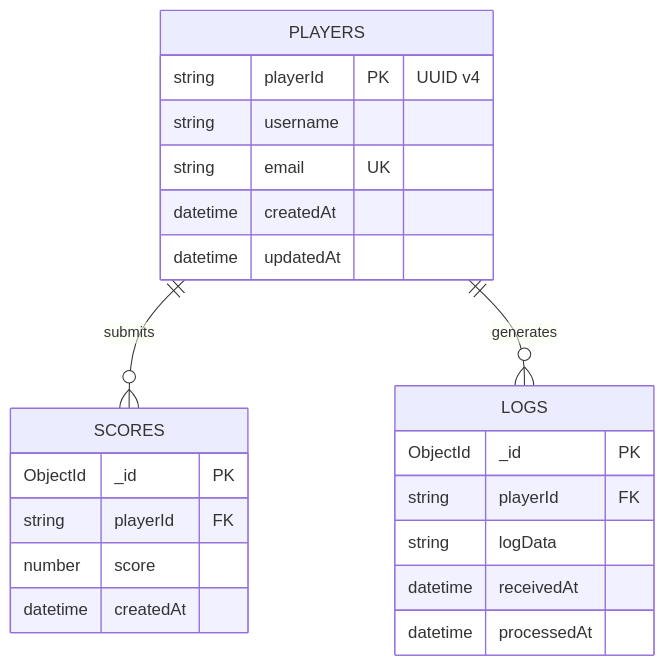
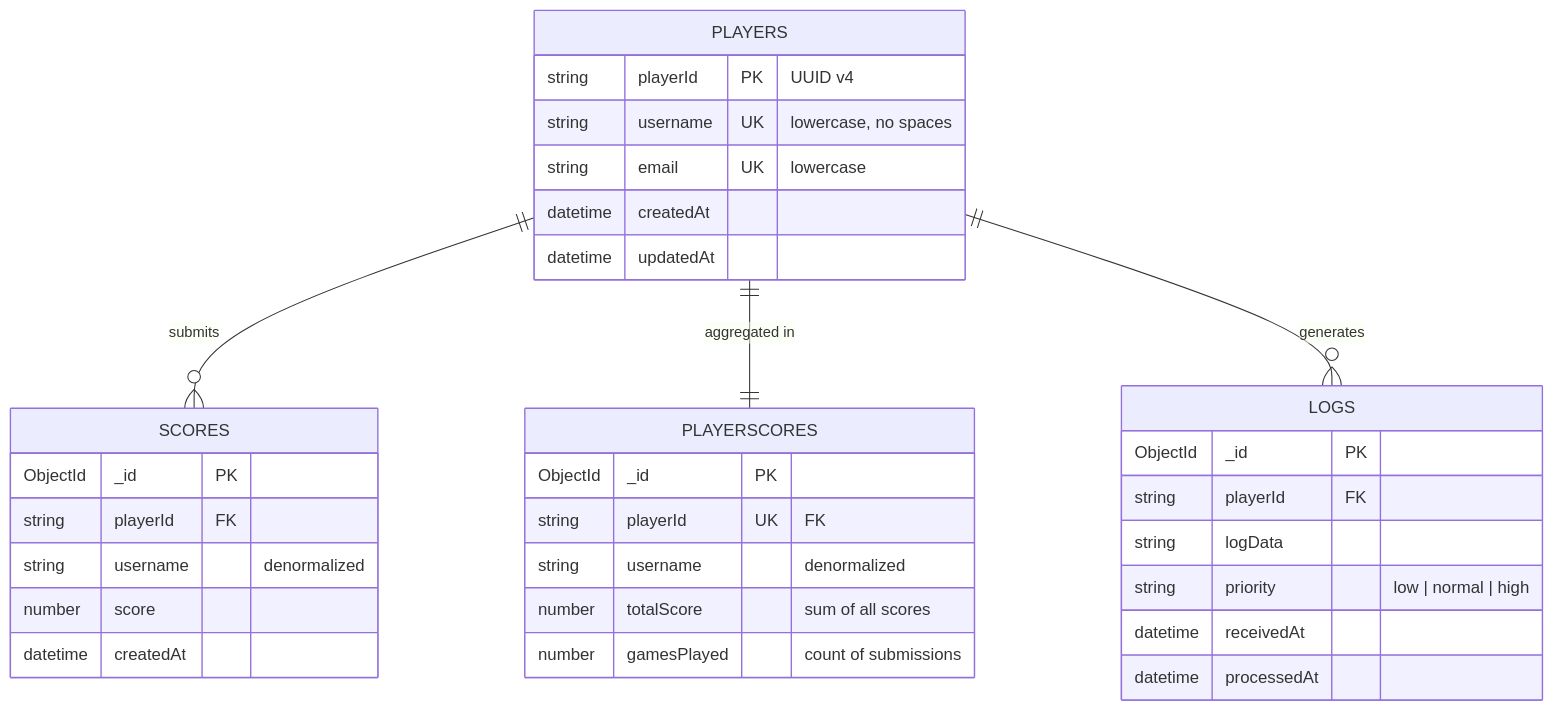
Before and after one commit to AmitOfir4/Whalo-Backend-Exam: the seventh of 8 diagrams in docs/architecture.md, drawn with Mermaid. The commit also changed other lines of this file and 3 other files, not shown here.

````diff
--- a/docs/architecture.md
+++ b/docs/architecture.md
@@ -128,28 +207,39 @@
 ```mermaid
 erDiagram
     PLAYERS {
         string playerId PK "UUID v4"
-        string username
-        string email UK
+        string username UK "lowercase, no spaces"
+        string email UK "lowercase"
         datetime createdAt
         datetime updatedAt
     }
 
     SCORES {
         ObjectId _id PK
         string playerId FK
+        string username "denormalized"
         number score
         datetime createdAt
+    }
+
+    PLAYERSCORES {
+        ObjectId _id PK
+        string playerId UK "FK"
+        string username "denormalized"
+        number totalScore "sum of all scores"
+        number gamesPlayed "count of submissions"
     }
 
     LOGS {
         ObjectId _id PK
         string playerId FK
         string logData
+        string priority "low | normal | high"
         datetime receivedAt
         datetime processedAt
     }
 
     PLAYERS ||--o{ SCORES : "submits"
+    PLAYERS ||--|| PLAYERSCORES : "aggregated in"
     PLAYERS ||--o{ LOGS : "generates"
 ```
````
